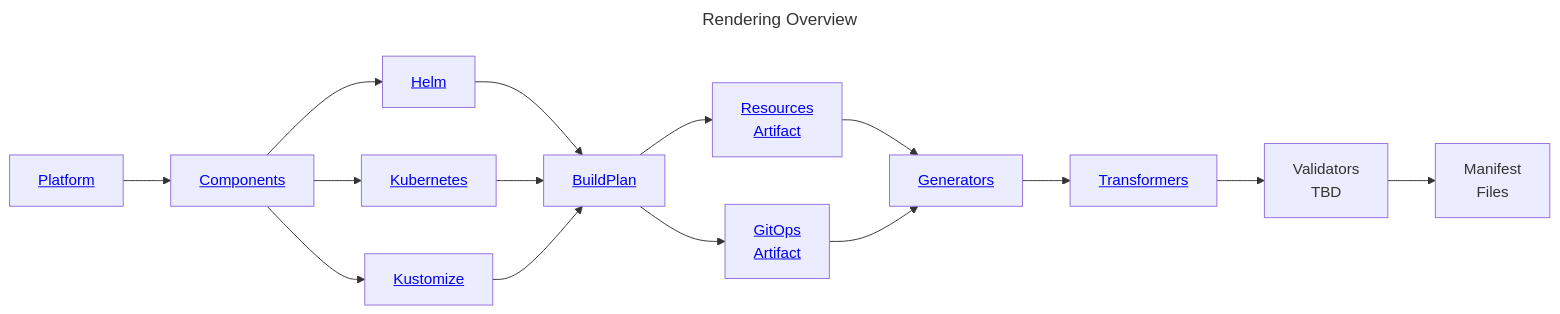
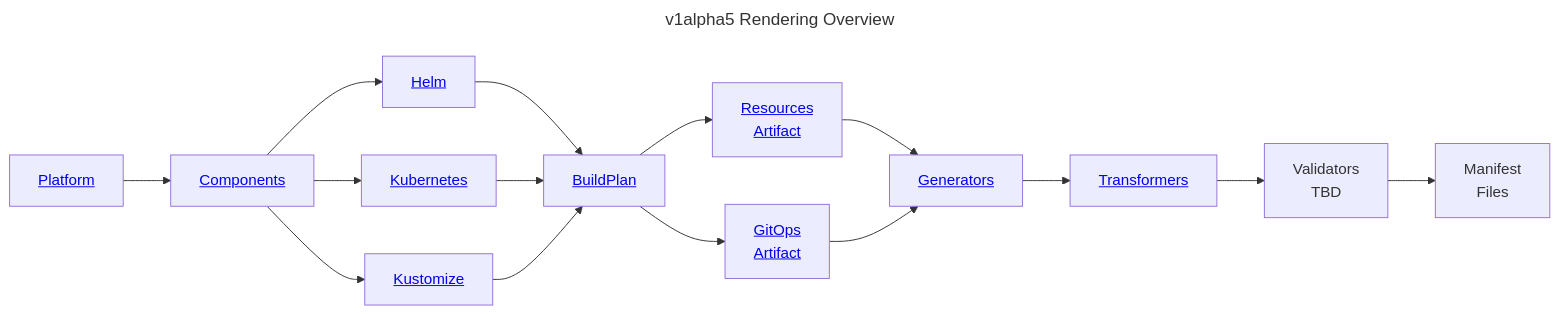
One commit to holos-run/holos changed the diagram in doc/website/src/diagrams/rendering-overview.mdx. Above: the diagram before and after it, drawn with Mermaid.

Commit message:
docs: fix rendering overview diagram on blog

````diff
--- a/doc/website/src/diagrams/rendering-overview.mdx
+++ b/doc/website/src/diagrams/rendering-overview.mdx
@@ -1,32 +1,32 @@
 ```mermaid
 ---
-title: Rendering Overview
+title: v1alpha5 Rendering Overview
 ---
 graph LR
-    Platform[<a href="/docs/api/author/#Platform">Platform</a>]
-    Component[<a href="/docs/api/author/#ComponentConfig">Components</a>]
+    Platform[<a href="/docs/v1alpha5/api/author/#Platform">Platform</a>]
+    Component[<a href="/docs/v1alpha5/api/author/#ComponentConfig">Components</a>]
 
-    Helm[<a href="/docs/api/author/#Helm">Helm</a>]
-    Kustomize[<a href="/docs/api/author/#Kustomize">Kustomize</a>]
-    Kubernetes[<a href="/docs/api/author/#Kubernetes">Kubernetes</a>]
+    Helm[<a href="/docs/v1alpha5/api/author/#Helm">Helm</a>]
+    Kustomize[<a href="/docs/v1alpha5/api/author/#Kustomize">Kustomize</a>]
+    Kubernetes[<a href="/docs/v1alpha5/api/author/#Kubernetes">Kubernetes</a>]
 
-    BuildPlan[<a href="/docs/api/core/#buildplan">BuildPlan</a>]
+    BuildPlan[<a href="/docs/v1alpha5/api/core/#buildplan">BuildPlan</a>]
 
-    ResourcesArtifact[<a href="/docs/api/core/#artifact">Resources<br/>Artifact</a>]
-    GitOpsArtifact[<a href="/docs/api/core/#artifact">GitOps<br/>Artifact</a>]
+    ResourcesArtifact[<a href="/docs/v1alpha5/api/core/#artifact">Resources<br/>Artifact</a>]
+    GitOpsArtifact[<a href="/docs/v1alpha5/api/core/#artifact">GitOps<br/>Artifact</a>]
 
-    Generators[<a href="/docs/api/core/#generators">Generators</a>]
-    Transformers[<a href="/docs/api/core/#transformer">Transformers</a>]
+    Generators[<a href="/docs/v1alpha5/api/core/#generators">Generators</a>]
+    Transformers[<a href="/docs/v1alpha5/api/core/#transformer">Transformers</a>]
     Validators[Validators<br/>TBD]
     Files[Manifest<br/>Files]
 
     Platform --> Component
     Component --> Helm --> BuildPlan
     Component --> Kubernetes --> BuildPlan
     Component --> Kustomize --> BuildPlan
 
     BuildPlan --> ResourcesArtifact --> Generators
     BuildPlan --> GitOpsArtifact --> Generators
 
     Generators --> Transformers --> Validators --> Files
 ```
````
